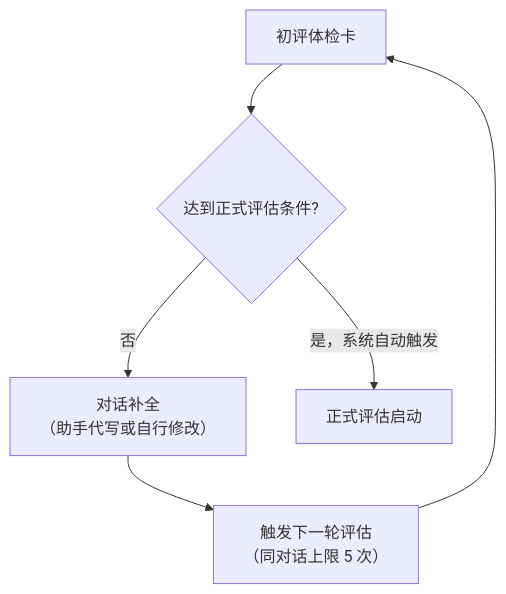
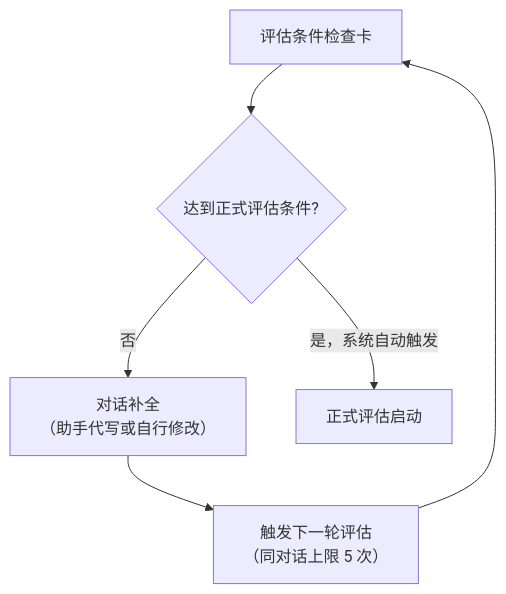
Before and after one commit to NathanZhou1225/Skillhub_eval: the seventh of 10 diagrams in docs/guides/Skill评估系统全景说明.md, drawn with Mermaid. The commit also changed other lines of this file and 5 other files, not shown here.

````diff
--- a/docs/guides/Skill评估系统全景说明.md
+++ b/docs/guides/Skill评估系统全景说明.md
@@ -469,8 +469,8 @@
 ```mermaid
 flowchart TD
-    A["初评体检卡"] --> B{"达到正式评估条件?"}
+    A["评估条件检查卡"] --> B{"达到正式评估条件?"}
     B -->|"否"| C["对话补全\n（助手代写或自行修改）"]
     C --> D["触发下一轮评估\n（同对话上限 5 次）"]
     D --> A
     B -->|"是，系统自动触发"| F["正式评估启动"]
 ```
````
